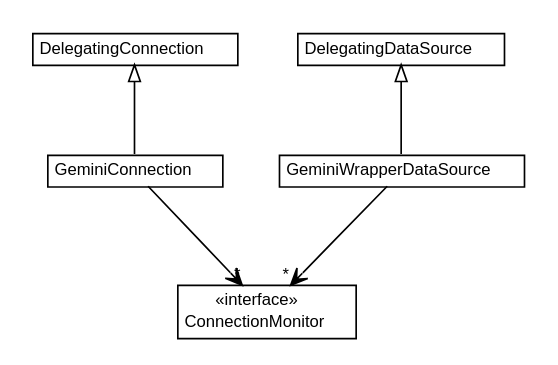
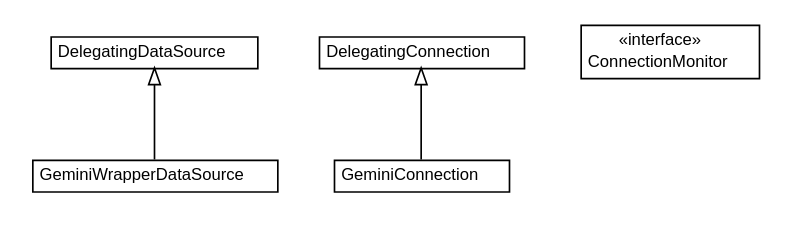
The diagram in dddlib-datasource-monitor/apidocs/org/dayatang/dsmonitor/org.dayatang.dsmonitor.dot (dayatang/dddlib), drawn with Graphviz before and after one commit. The commit also changed 154 other files, not shown here.

```diff
--- a/dddlib-datasource-monitor/apidocs/org/dayatang/dsmonitor/org.dayatang.dsmonitor.dot
+++ b/dddlib-datasource-monitor/apidocs/org/dayatang/dsmonitor/org.dayatang.dsmonitor.dot
@@ -1,51 +1,47 @@
 #!/usr/local/bin/dot
 #
 # Class diagram 
 # Generated by UMLGraph version R5_6_6-8-g8d7759 (http://www.umlgraph.org/)
 #
 
 digraph G {
 	edge [fontname="Helvetica",fontsize=10,labelfontname="Helvetica",labelfontsize=10];
 	node [fontname="Helvetica",fontsize=10,shape=plaintext];
 	nodesep=0.25;
 	ranksep=0.5;
 	// org.dayatang.dsmonitor.GeminiWrapperDataSource
 	c0 [label=<<table title="org.dayatang.dsmonitor.GeminiWrapperDataSource" border="0" cellborder="1" cellspacing="0" cellpadding="2" port="p" href="./GeminiWrapperDataSource.html">
 		<tr><td><table border="0" cellspacing="0" cellpadding="1">
 <tr><td align="center" balign="center"> GeminiWrapperDataSource </td></tr>
 		</table></td></tr>
 		</table>>, URL="./GeminiWrapperDataSource.html", fontname="Helvetica", fontcolor="black", fontsize=10.0];
 	// org.dayatang.dsmonitor.GeminiConnection
 	c1 [label=<<table title="org.dayatang.dsmonitor.GeminiConnection" border="0" cellborder="1" cellspacing="0" cellpadding="2" port="p" href="./GeminiConnection.html">
 		<tr><td><table border="0" cellspacing="0" cellpadding="1">
 <tr><td align="center" balign="center"> GeminiConnection </td></tr>
 		</table></td></tr>
 		</table>>, URL="./GeminiConnection.html", fontname="Helvetica", fontcolor="black", fontsize=10.0];
 	// org.dayatang.dsmonitor.DelegatingDataSource
 	c2 [label=<<table title="org.dayatang.dsmonitor.DelegatingDataSource" border="0" cellborder="1" cellspacing="0" cellpadding="2" port="p" href="./DelegatingDataSource.html">
 		<tr><td><table border="0" cellspacing="0" cellpadding="1">
 <tr><td align="center" balign="center"> DelegatingDataSource </td></tr>
 		</table></td></tr>
 		</table>>, URL="./DelegatingDataSource.html", fontname="Helvetica", fontcolor="black", fontsize=10.0];
 	// org.dayatang.dsmonitor.DelegatingConnection
 	c3 [label=<<table title="org.dayatang.dsmonitor.DelegatingConnection" border="0" cellborder="1" cellspacing="0" cellpadding="2" port="p" href="./DelegatingConnection.html">
 		<tr><td><table border="0" cellspacing="0" cellpadding="1">
 <tr><td align="center" balign="center"> DelegatingConnection </td></tr>
 		</table></td></tr>
 		</table>>, URL="./DelegatingConnection.html", fontname="Helvetica", fontcolor="black", fontsize=10.0];
 	// org.dayatang.dsmonitor.ConnectionMonitor
 	c4 [label=<<table title="org.dayatang.dsmonitor.ConnectionMonitor" border="0" cellborder="1" cellspacing="0" cellpadding="2" port="p" href="./ConnectionMonitor.html">
 		<tr><td><table border="0" cellspacing="0" cellpadding="1">
 <tr><td align="center" balign="center"> &#171;interface&#187; </td></tr>
 <tr><td align="center" balign="center"> ConnectionMonitor </td></tr>
 		</table></td></tr>
 		</table>>, URL="./ConnectionMonitor.html", fontname="Helvetica", fontcolor="black", fontsize=10.0];
 	//org.dayatang.dsmonitor.GeminiWrapperDataSource extends org.dayatang.dsmonitor.DelegatingDataSource
 	c2:p -> c0:p [dir=back,arrowtail=empty];
 	//org.dayatang.dsmonitor.GeminiConnection extends org.dayatang.dsmonitor.DelegatingConnection
 	c3:p -> c1:p [dir=back,arrowtail=empty];
-	// org.dayatang.dsmonitor.GeminiWrapperDataSource NAVASSOC org.dayatang.dsmonitor.ConnectionMonitor
-	c0:p -> c4:p [taillabel="", label=" "headlabel="*", fontname="Helvetica", fontcolor="black", fontsize=10.0, color="black", arrowhead=open];
-	// org.dayatang.dsmonitor.GeminiConnection NAVASSOC org.dayatang.dsmonitor.ConnectionMonitor
-	c1:p -> c4:p [taillabel="", label=" "headlabel="*", fontname="Helvetica", fontcolor="black", fontsize=10.0, color="black", arrowhead=open];
 }
```
